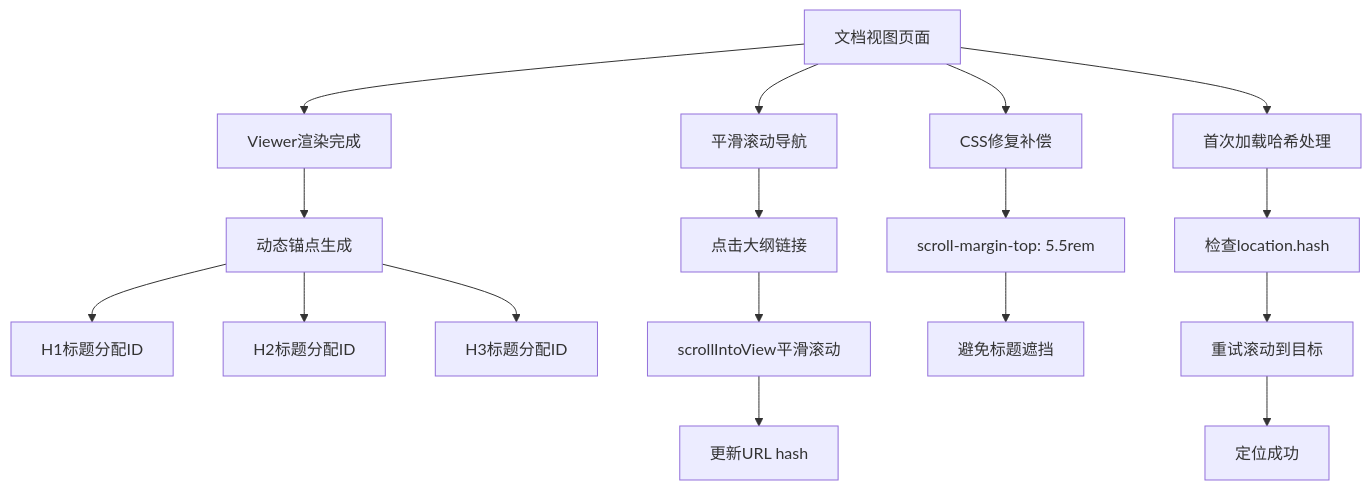
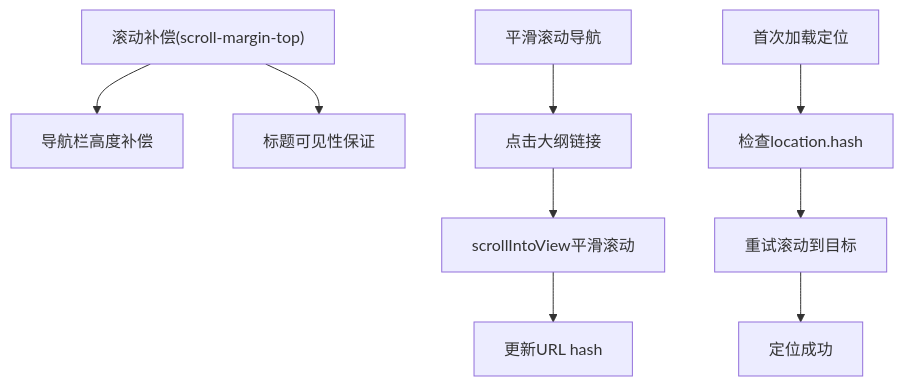
One commit to beyondalbert/my_wiki changed the fifth of 15 diagrams in .qoder/repowiki/zh/content/前端模板系统.md. Above: the diagram before and after it, drawn with Mermaid. The commit also changed other lines of this file and 5 other files, not shown here.

````diff
--- a/.qoder/repowiki/zh/content/前端模板系统.md
+++ b/.qoder/repowiki/zh/content/前端模板系统.md
@@ -252,19 +335,11 @@
 ```mermaid
 flowchart TD
-DV["文档视图页面"] --> VR["Viewer渲染完成"]
-VR --> DA["动态锚点生成"]
-DA --> H1["H1标题分配ID"]
-DA --> H2["H2标题分配ID"]
-DA --> H3["H3标题分配ID"]
-DV --> PS["平滑滚动导航"]
-PS --> CL["点击大纲链接"]
-CL --> SR["scrollIntoView平滑滚动"]
-SR --> UH["更新URL hash"]
-DV --> CF["CSS修复补偿"]
-CF --> SM["scroll-margin-top: 5.5rem"]
-SM --> VH["避免标题遮挡"]
-DV --> FH["首次加载哈希处理"]
-FH --> LH["检查location.hash"]
+SC["滚动补偿(scroll-margin-top)"] --> NC["导航栏高度补偿"]
+SC --> HS["标题可见性保证"]
+PS["平滑滚动导航"] --> CI["点击大纲链接"]
+CI --> SI["scrollIntoView平滑滚动"]
+SI --> UR["更新URL hash"]
+FL["首次加载定位"] --> LH["检查location.hash"]
 LH --> RS["重试滚动到目标"]
 RS --> OK["定位成功"]
 ```
````
